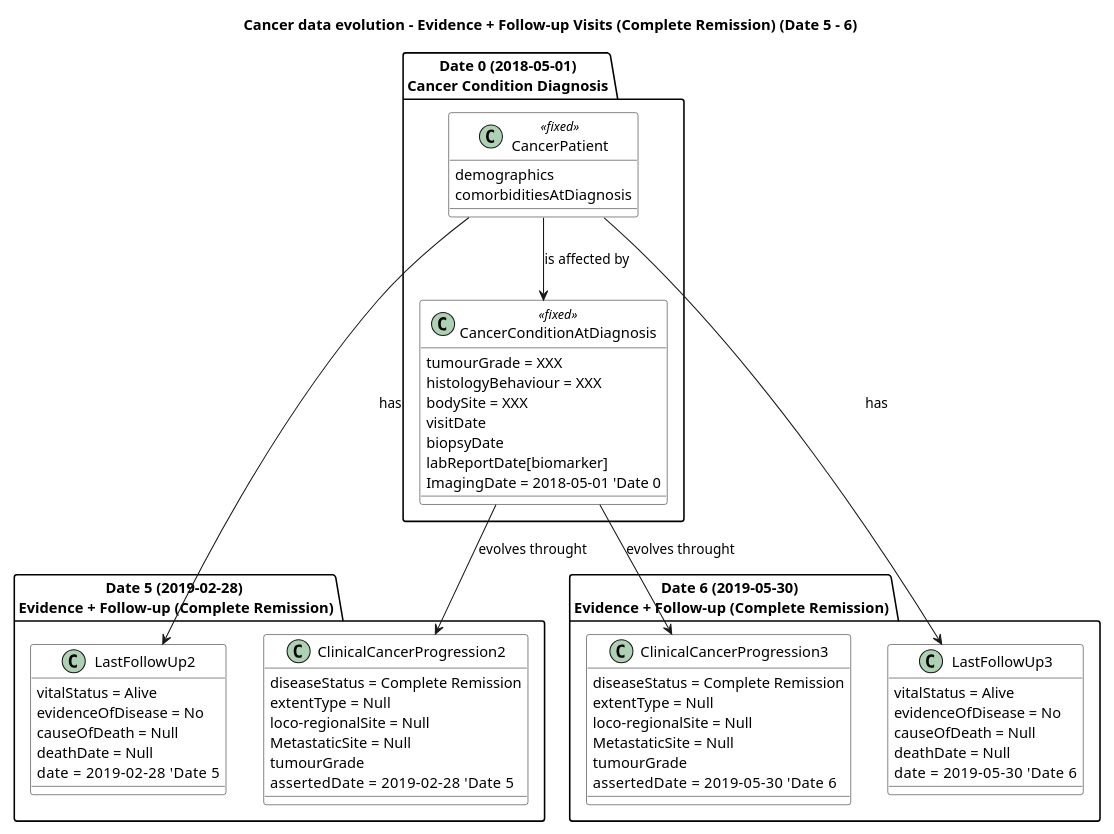
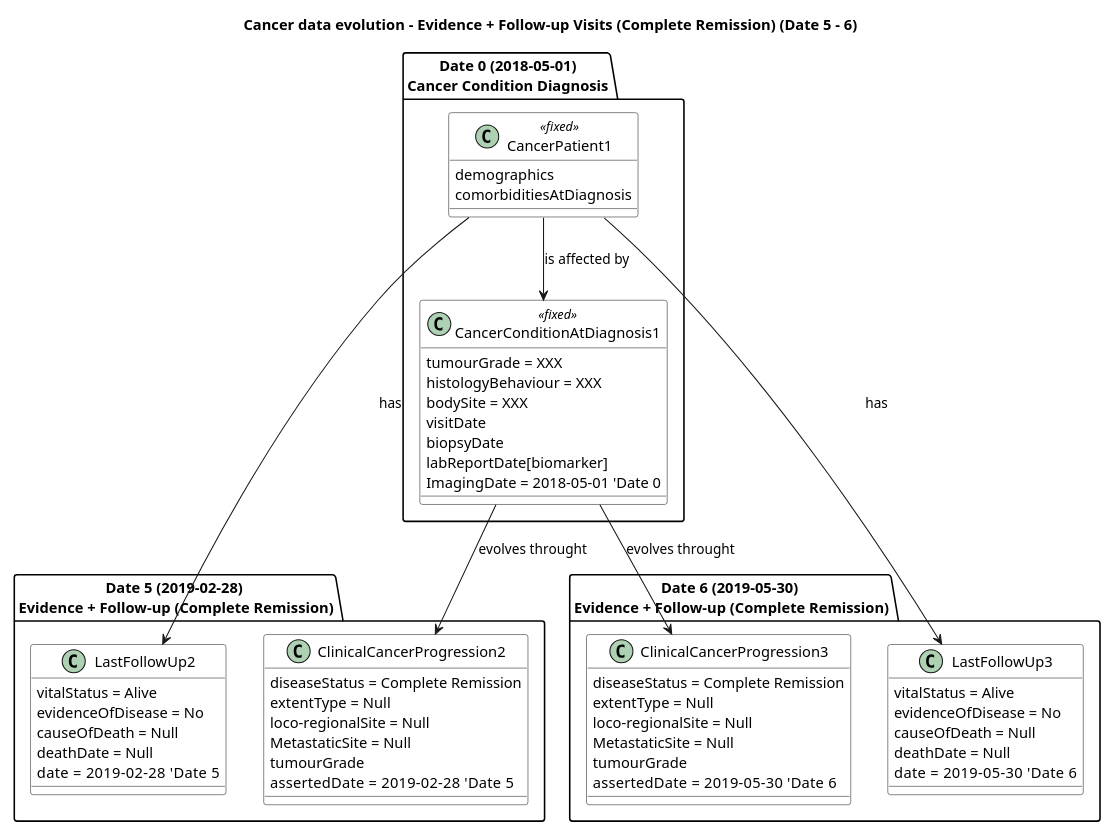
The diagram in input/images-source/CancerDataEvolution3.plantuml (hl7-eu/cancer-common), drawn with PlantUML before and after one commit. The commit also changed 7 other files, not shown here.

```diff
--- a/input/images-source/CancerDataEvolution3.plantuml
+++ b/input/images-source/CancerDataEvolution3.plantuml
@@ -1,125 +1,125 @@
 @startuml
 title Cancer data evolution - Evidence + Follow-up Visits (Complete Remission) (Date 5 - 6)
 
 skinparam class {
   BackgroundColor White
 }
 scale 0.8
 
 package "Date 0 (2018-05-01)\nCancer Condition Diagnosis" {
-  class CancerPatient <<fixed>> {
+  class CancerPatient1 <<fixed>> {
     demographics
     comorbiditiesAtDiagnosis
   }
   
-  class CancerConditionAtDiagnosis <<fixed>> {
+  class CancerConditionAtDiagnosis1 <<fixed>> {
     tumourGrade = XXX
     histologyBehaviour = XXX
     bodySite = XXX
     visitDate 
     biopsyDate 
     labReportDate[biomarker] 
     ImagingDate = 2018-05-01 'Date 0
   }
  
 }
 
 ' Links inside Date 0
-CancerPatient --> CancerConditionAtDiagnosis : is affected by
+CancerPatient1 --> CancerConditionAtDiagnosis1 : is affected by
 
  package "Date 5 (2019-02-28) \nEvidence + Follow-up (Complete Remission)" {
     
     class LastFollowUp2 {
      vitalStatus = Alive
      evidenceOfDisease = No
      causeOfDeath = Null
      deathDate = Null
      date = 2019-02-28   'Date 5
   }
 
     class ClinicalCancerProgression2 {
       diseaseStatus = Complete Remission
       extentType = Null
       loco-regionalSite = Null
       MetastaticSite = Null
       tumourGrade
       assertedDate = 2019-02-28   'Date 5
     }
 
  }
 
-CancerPatient --> LastFollowUp2 : has
-CancerConditionAtDiagnosis --> ClinicalCancerProgression2 : evolves throught
+CancerPatient1 --> LastFollowUp2 : has
+CancerConditionAtDiagnosis1 --> ClinicalCancerProgression2 : evolves throught
 
 package "Date 6 (2019-05-30) \nEvidence + Follow-up (Complete Remission)" {
     
     class LastFollowUp3 {
      vitalStatus = Alive
      evidenceOfDisease = No
      causeOfDeath = Null
      deathDate = Null
      date = 2019-05-30   'Date 6
   }
 
     class ClinicalCancerProgression3 {
       diseaseStatus = Complete Remission
       extentType = Null
       loco-regionalSite = Null
       MetastaticSite = Null
       tumourGrade
       assertedDate = 2019-05-30   'Date 6
     }
 
  }
 
-CancerPatient --> LastFollowUp3 : has
-CancerConditionAtDiagnosis --> ClinicalCancerProgression3 : evolves throught
+CancerPatient1 --> LastFollowUp3 : has
+CancerConditionAtDiagnosis1 --> ClinicalCancerProgression3 : evolves throught
 
 /' ' ===========================================
 ' DATE 5 – 2019-02-28 (evidence + follow-up)
 ' ===========================================
 package "Date 5 (2019-02-28)\nEvidence + Follow-up Visit" {
   class CancerCondition_D5 as "Cancer Condition" {
     histology_behaviour (fixed)
     body_site (fixed)
     tumour_grade
     asserted_date = procedure date (fixed)
     base_of_diagnosis (fixed)
     imaging_type (fixed)
     biomarker_type (fixed)
     disease_status = Complete Remission
     last_check = 2019-02-28
   }
 
   class Patient_D5 as "Patient" <<fixed>> {
     demographics
     comorbidities
     life_status = Alive, No Evidence of Disease (NED)
     last_check = 2019-02-28
   }
 }
 
 ' ===========================================
 'Date 6 – 2019-05-30 (evidence + follow-up)
 ' ===========================================
 package "Date 6 (2019-05-30)\nEvidence + Follow-up Visit" {
   class CancerCondition_D6 as "Cancer Condition" {
     histology_behaviour (fixed)
     body_site (fixed)
     tumour_grade
     asserted_date = procedure date (fixed)
     base_of_diagnosis (fixed)
     imaging_type (fixed)
     biomarker_type (fixed)
     disease_status = Complete Remission
     last_check = 2019-05-30
   }
 
   class Patient_D6 as "Patient" <<fixed>> {
     demographics
     comorbidities
     life_status = Alive, No Evidence of Disease (NED)
     last_check = 2019-05-30
   }
 } '/
 @enduml
```
